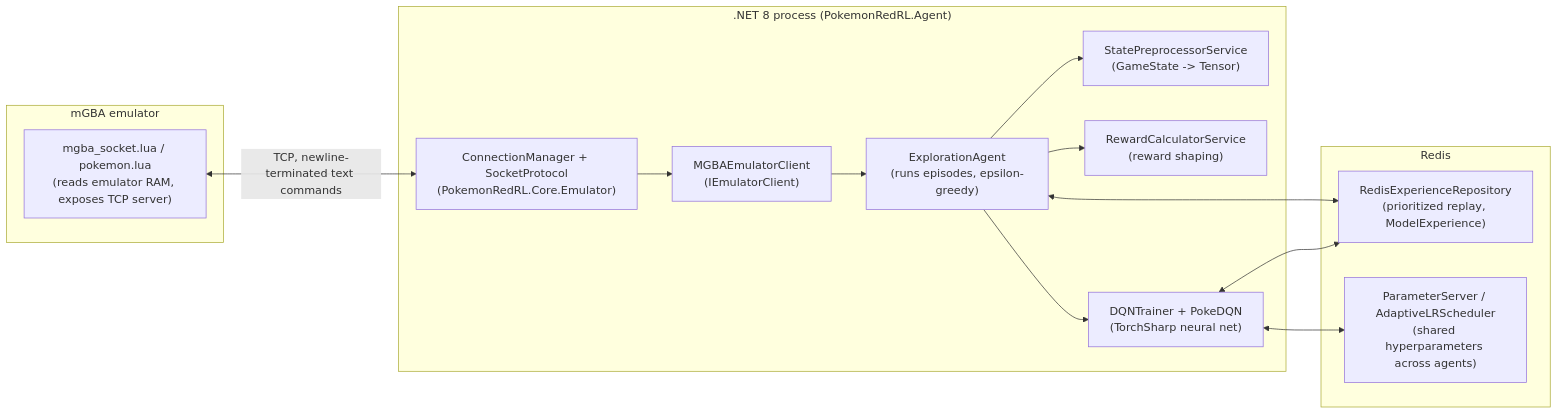
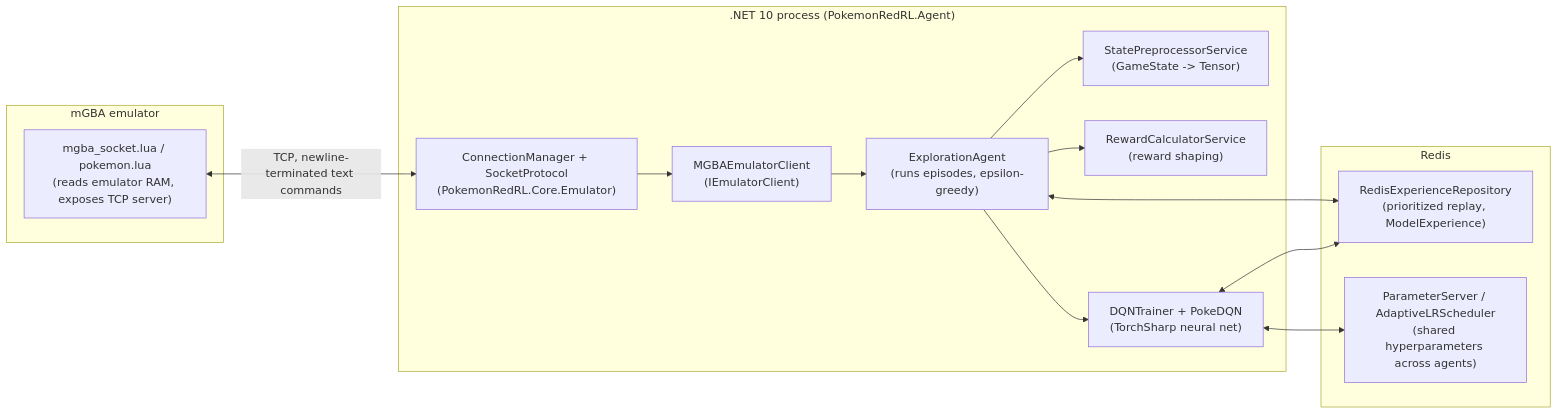
One commit to KriSWhitch/PokemonRedRL changed the first of 2 diagrams in .github/copilot-instructions.md. Above: the diagram before and after it, drawn with Mermaid. The commit also changed other lines of this file and 62 other files, not shown here.

````diff
--- a/.github/copilot-instructions.md
+++ b/.github/copilot-instructions.md
@@ -9,27 +9,27 @@
 ```mermaid
 flowchart LR
     subgraph mGBA["mGBA emulator"]
         Lua["mgba_socket.lua / pokemon.lua\n(reads emulator RAM, exposes TCP server)"]
     end
-    subgraph NET[".NET 8 process (PokemonRedRL.Agent)"]
+    subgraph NET[".NET 10 process (PokemonRedRL.Agent)"]
         CM["ConnectionManager + SocketProtocol\n(PokemonRedRL.Core.Emulator)"]
         MGC["MGBAEmulatorClient\n(IEmulatorClient)"]
         EA["ExplorationAgent\n(runs episodes, epsilon-greedy)"]
         SP["StatePreprocessorService\n(GameState -> Tensor)"]
         RC["RewardCalculatorService\n(reward shaping)"]
         DQN["DQNTrainer + PokeDQN\n(TorchSharp neural net)"]
     end
     subgraph Redis["Redis"]
         ER["RedisExperienceRepository\n(prioritized replay, ModelExperience)"]
         PS["ParameterServer / AdaptiveLRScheduler\n(shared hyperparameters across agents)"]
     end
 
     Lua <-->|TCP, newline-terminated text commands| CM
     CM --> MGC --> EA
     EA --> SP
     EA --> RC
     EA --> DQN
     DQN <--> ER
     EA <--> ER
     DQN <--> PS
 ```
````
